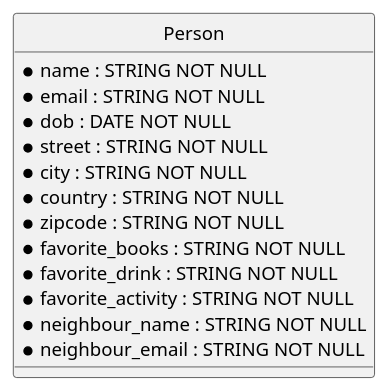
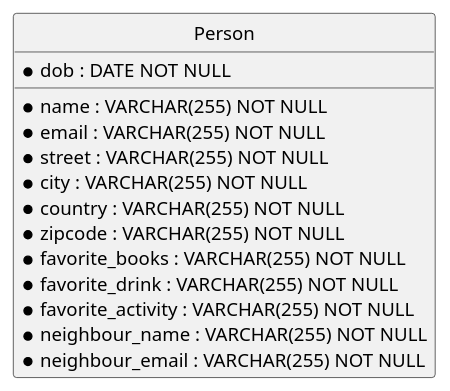
The diagram in Assessment/1NF.plantuml (sudefidan/Advanced_Database), drawn with PlantUML before and after one commit. The commit also changed 8 other files, not shown here.

```diff
--- a/Assessment/1NF.plantuml
+++ b/Assessment/1NF.plantuml
@@ -1,20 +1,20 @@
 @startuml 1NF
 
 hide circle
 
 entity "Person" {
-  * name : STRING NOT NULL
-  * email : STRING NOT NULL
+  * name : VARCHAR(255) NOT NULL
+  * email : VARCHAR(255) NOT NULL
   * dob : DATE NOT NULL
-  * street : STRING NOT NULL
-  * city : STRING NOT NULL
-  * country : STRING NOT NULL
-  * zipcode : STRING NOT NULL
-  * favorite_books : STRING NOT NULL
-  * favorite_drink : STRING NOT NULL
-  * favorite_activity : STRING NOT NULL
-  * neighbour_name : STRING NOT NULL
-  * neighbour_email : STRING NOT NULL
+  * street : VARCHAR(255) NOT NULL
+  * city : VARCHAR(255) NOT NULL
+  * country : VARCHAR(255) NOT NULL
+  * zipcode : VARCHAR(255) NOT NULL
+  * favorite_books : VARCHAR(255) NOT NULL
+  * favorite_drink : VARCHAR(255) NOT NULL
+  * favorite_activity : VARCHAR(255) NOT NULL
+  * neighbour_name : VARCHAR(255) NOT NULL
+  * neighbour_email : VARCHAR(255) NOT NULL
 }
 
 @enduml
```
